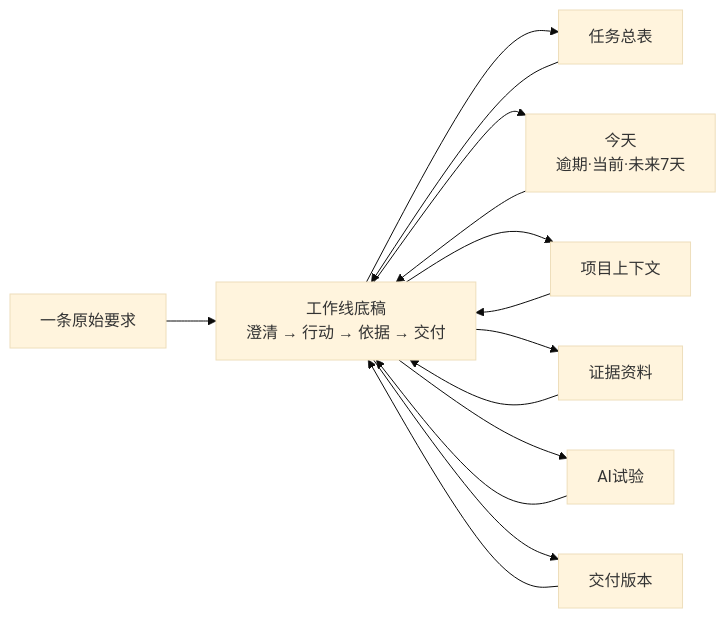
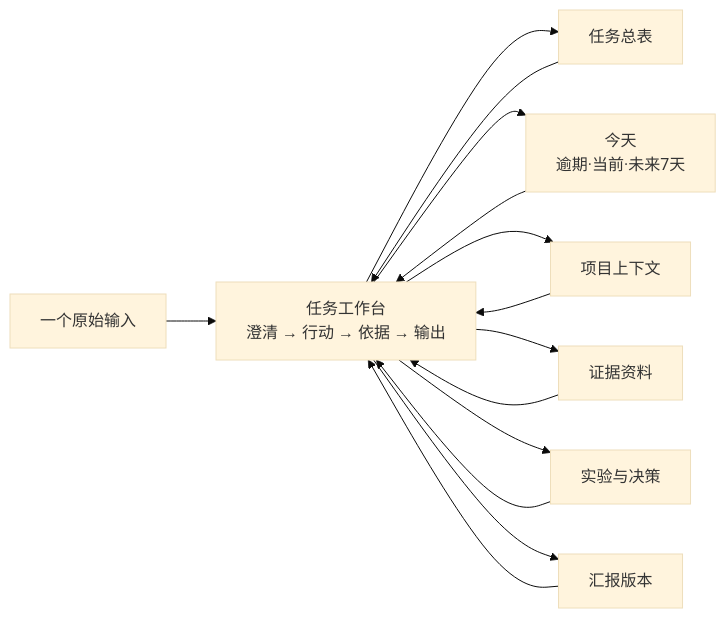
One commit to IC-sd/enableos changed the first of 2 diagrams in docs/PRODUCT-ARCHITECTURE.md. Above: the diagram before and after it, drawn with Mermaid (base theme). The commit also changed other lines of this file and 38 other files, not shown here.

````diff
--- a/docs/PRODUCT-ARCHITECTURE.md
+++ b/docs/PRODUCT-ARCHITECTURE.md
@@ -38,11 +38,11 @@
 ```mermaid
 flowchart LR
-  R["一条原始要求"] --> W["工作线底稿\n澄清 → 行动 → 依据 → 交付"]
+  R["一个原始输入"] --> W["任务工作台\n澄清 → 行动 → 依据 → 输出"]
   W --> T["任务总表"]
   W --> Y["今天\n逾期·当前·未来7天"]
   W --> P["项目上下文"]
   W --> K["证据资料"]
-  W --> X["AI试验"]
-  W --> D["交付版本"]
+  W --> X["实验与决策"]
+  W --> D["汇报版本"]
   T & Y & P & K & X & D --> W
 ```
````
